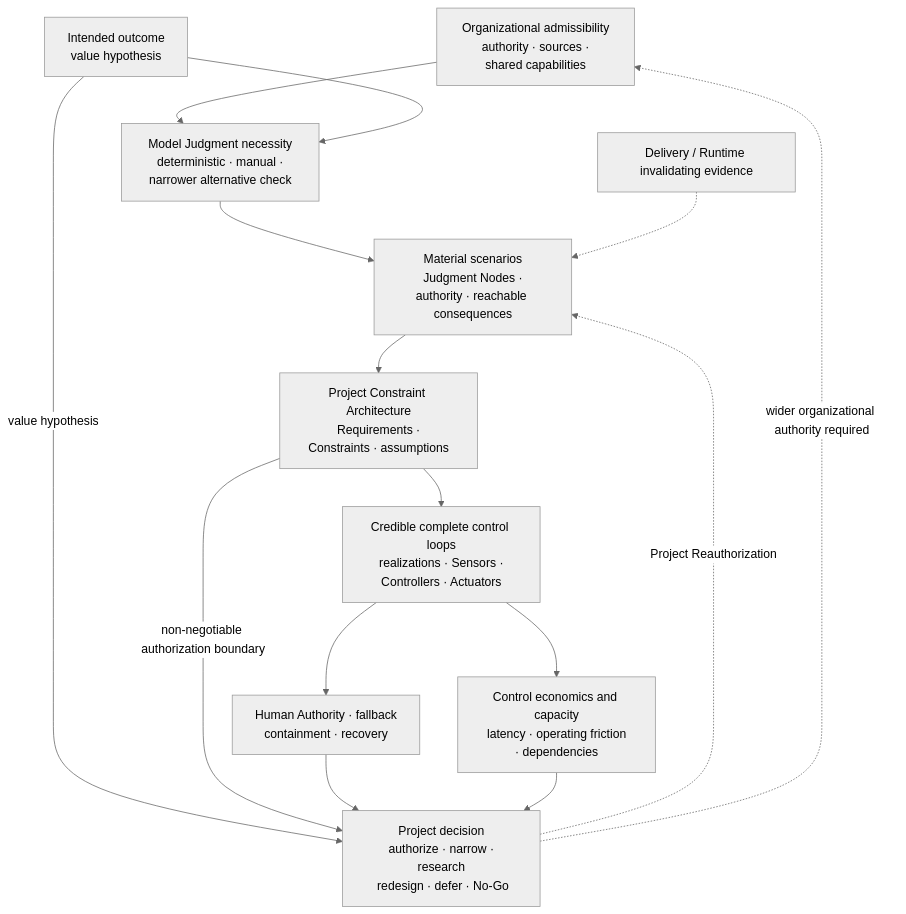
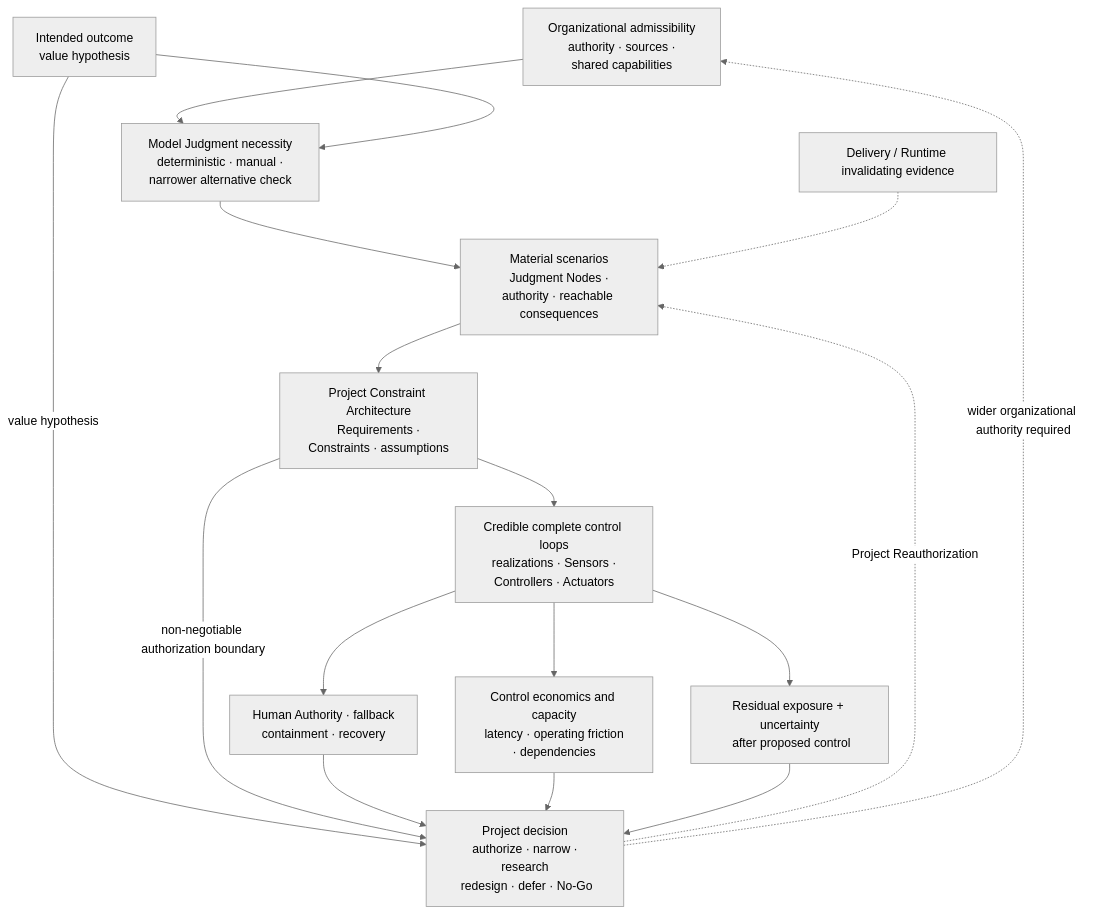
One commit to UncertaintyArchitectureGroup/uncertainty-architecture changed diagram 11 of 15 in content/research/notes/open-engineering-specification-article-draft.md. Above: the diagram before and after it, drawn with Mermaid (neutral theme). The commit also changed 1 other file, not shown here.

Commit message:
docs(research): expose residual exposure in project decision

````diff
--- a/content/research/notes/open-engineering-specification-article-draft.md
+++ b/content/research/notes/open-engineering-specification-article-draft.md
@@ -615,22 +615,24 @@
 ```mermaid
 flowchart TB
     ORG["Organizational admissibility<br/> authority · sources · shared capabilities"]
     OUT["Intended outcome<br/> value hypothesis"]
     NEED["Model Judgment necessity<br/> deterministic · manual · narrower alternative check"]
     RISK["Material scenarios<br/> Judgment Nodes · authority · reachable consequences"]
     K["Project Constraint Architecture<br/> Requirements · Constraints · assumptions"]
     LOOP["Credible complete control loops<br/> realizations · Sensors · Controllers · Actuators"]
     HUMAN["Human Authority · fallback<br/> containment · recovery"]
     ECON["Control economics and capacity<br/> latency · operating friction · dependencies"]
+    RES["Residual exposure + uncertainty<br/> after proposed control"]
     DEC["Project decision<br/> authorize · narrow · research<br/> redesign · defer · No-Go"]
     RE["Delivery / Runtime invalidating evidence"]
     ORG --> NEED
     OUT --> NEED --> RISK --> K --> LOOP
     OUT -->|value hypothesis| DEC
     K -->|non-negotiable authorization boundary| DEC
     LOOP --> HUMAN --> DEC
     LOOP --> ECON --> DEC
+    LOOP --> RES --> DEC
     RE -.-> RISK
     DEC -. Project Reauthorization .-> RISK
     DEC -.->|wider organizational authority required| ORG
 ```
````
